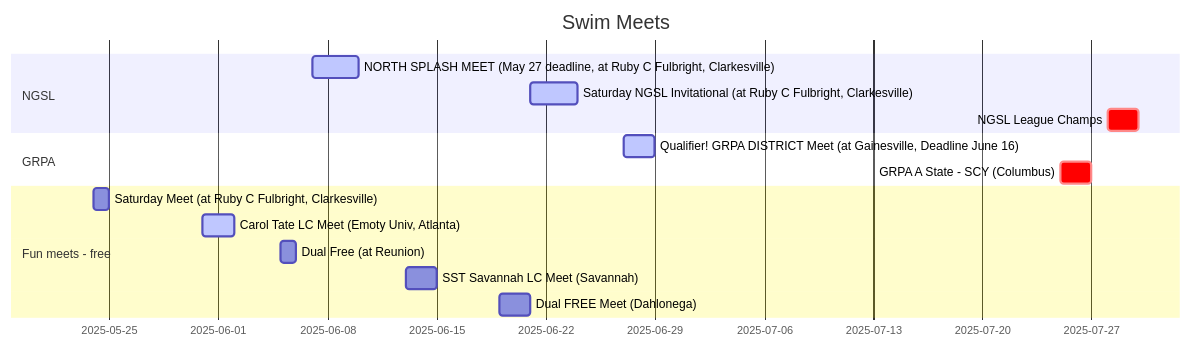
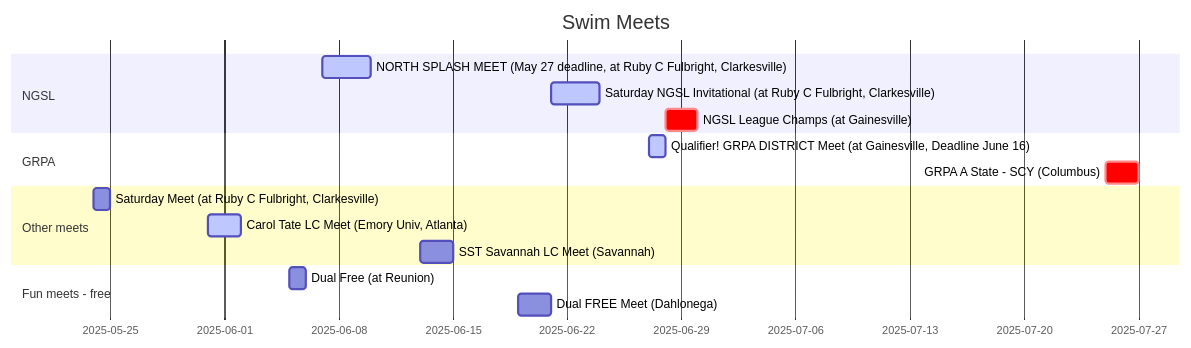
Before and after one commit to Gorbush/public: the diagram in swim_meets.mermaid, drawn with Mermaid. The commit also changed 1 other file, not shown here.

Commit message:
updating NGSL meet date

```diff
--- a/swim_meets.mermaid
+++ b/swim_meets.mermaid
@@ -1,22 +1,24 @@
 gantt
     Title Swim Meets
     dateFormat YYY-MM-DD
     todayMarker stroke-width:5px,stroke:#0f0,opacity:0.5
 
     Section NGSL
 
     NORTH SPLASH MEET (May 27 deadline, at Ruby C Fulbright, Clarkesville) :active, 2025-06-07, 3d
     Saturday NGSL Invitational (at Ruby C Fulbright, Clarkesville) :active, 2025-06-21, 3d
-    NGSL League Champs :crit, 2025-07-28, 2d
+    NGSL League Champs (at Gainesville) :crit, 2025-06-28, 2d
 
     Section GRPA
 
-    Qualifier! GRPA DISTRICT Meet (at Gainesville, Deadline June 16) :active, 2025-06-27, 2d
+    Qualifier! GRPA DISTRICT Meet (at Gainesville, Deadline June 16) :active, 2025-06-27, 1d
     GRPA A State - SCY (Columbus)  :crit, 2025-07-25, 2d
 
+    Section Other meets
+    Saturday Meet (at Ruby C Fulbright, Clarkesville) :meet1,2025-05-24, 1d
+    Carol Tate LC Meet (Emory Univ, Atlanta) :active, 2025-05-31, 2d
+    SST Savannah LC Meet (Savannah) :meet1,2025-06-13, 2d
+
     Section Fun meets - free
-    Saturday Meet (at Ruby C Fulbright, Clarkesville) :meet1,2025-05-24, 1d
-    Carol Tate LC Meet (Emoty Univ, Atlanta) :active, 2025-05-31, 2d
     Dual Free (at Reunion) :q_ngsl, 2025-06-05, 1d
-    SST Savannah LC Meet (Savannah) :meet1,2025-06-13, 2d
     Dual FREE Meet (Dahlonega)  :meet1,2025-06-19, 2d
```
